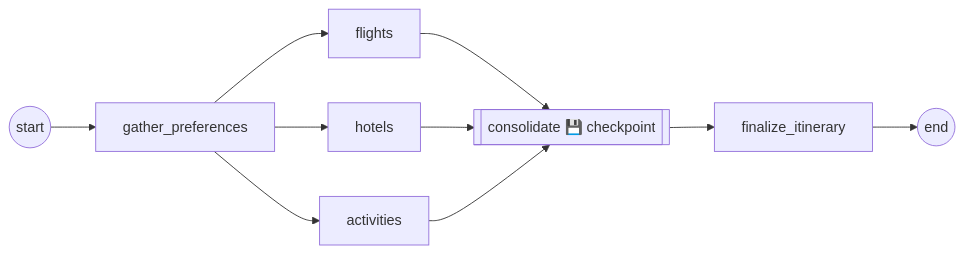
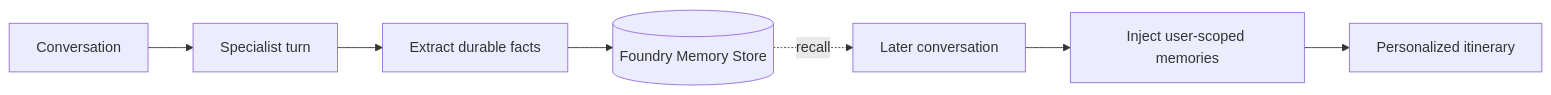
Before and after one commit to ozgur1264-netizen/Eurocontrol-AI-Agents-Workshop: the diagram in README.md, drawn with Mermaid. The commit also changed other lines of this file and 29 other files, not shown here.

````diff
--- a/README.md
+++ b/README.md
@@ -65,12 +63,9 @@
 ```mermaid
 flowchart LR
-    start((start)) --> gather[gather_preferences]
-    gather --> flights[flights]
-    gather --> hotels[hotels]
-    gather --> activities[activities]
-    flights --> consolidate[[consolidate 💾 checkpoint]]
-    hotels --> consolidate
-    activities --> consolidate
-    consolidate --> finalize[finalize_itinerary]
-    finalize --> finish((end))
+    A[Conversation] --> B[Specialist turn]
+    B --> C[Extract durable facts]
+    C --> D[(Foundry Memory Store)]
+    D -.recall.-> E[Later conversation]
+    E --> F[Inject user-scoped memories]
+    F --> G[Personalized itinerary]
 ```
````
